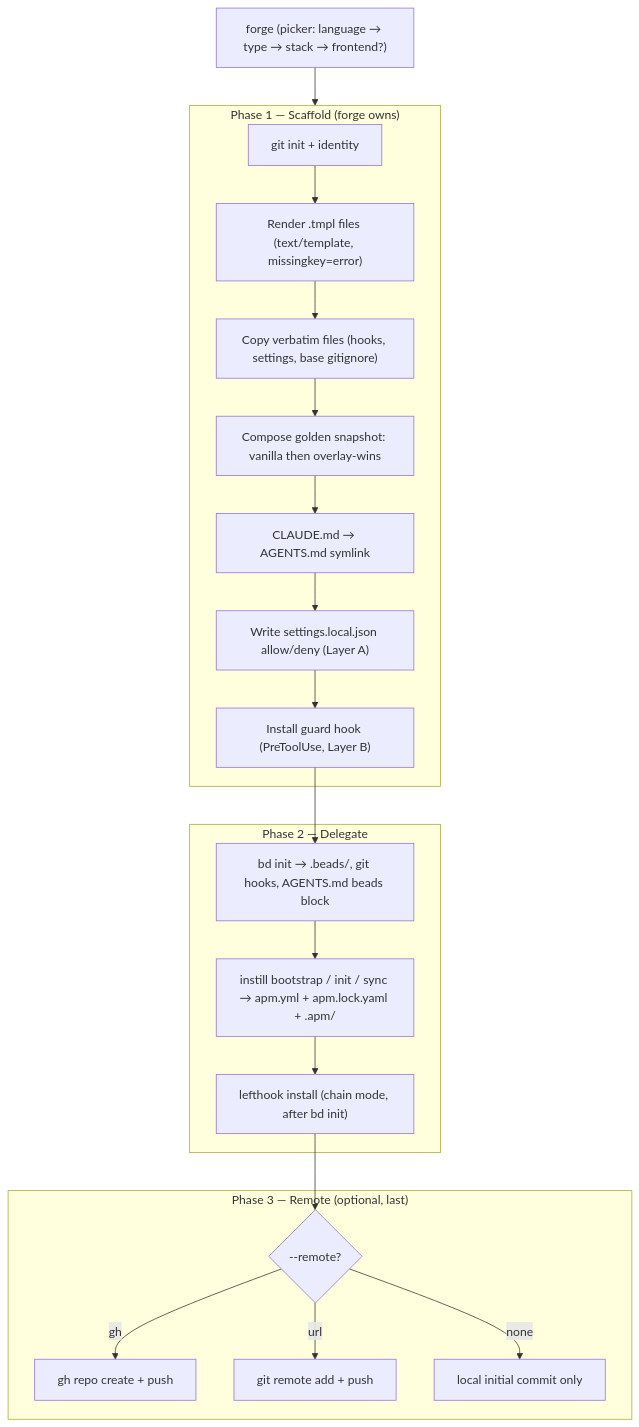
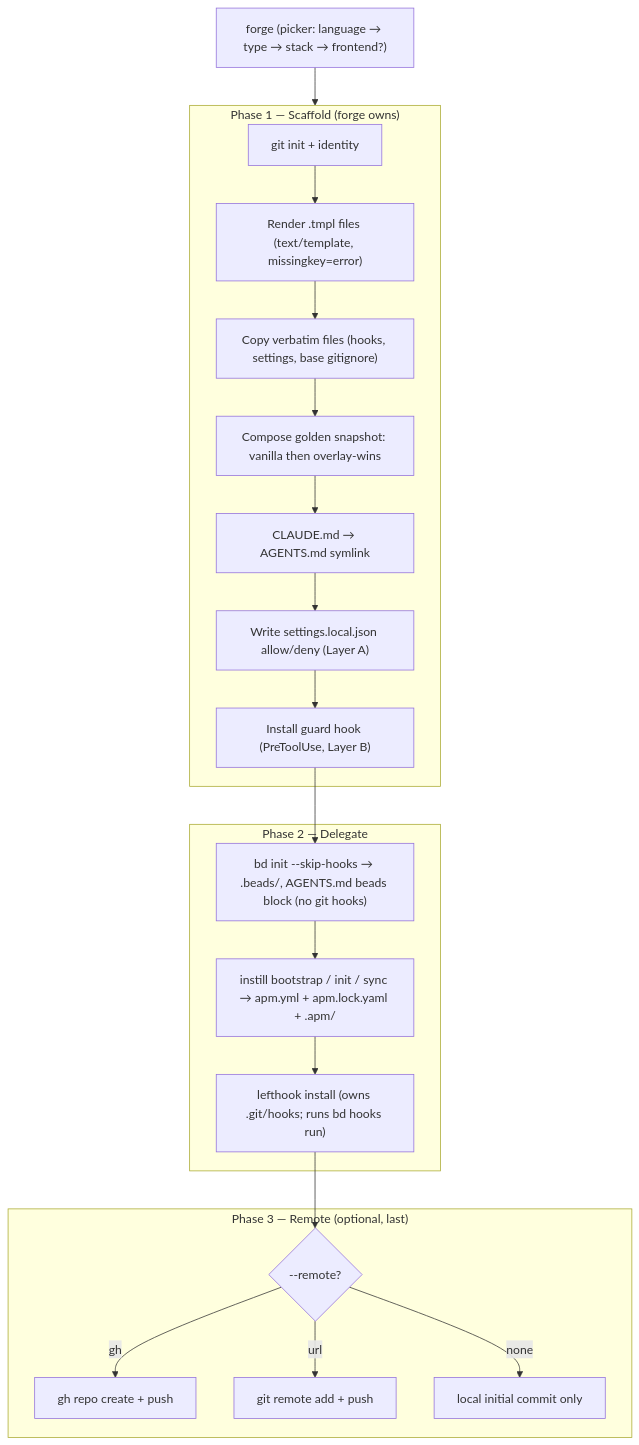
The first of 2 diagrams in docs/SPEC.md (AvogadroSG1/forge), drawn with Mermaid before and after one commit. The commit also changed other lines of this file and 20 other files, not shown here.

````diff
--- a/docs/SPEC.md
+++ b/docs/SPEC.md
@@ -79,23 +79,23 @@
 ```mermaid
 flowchart TD
     A["forge (picker: language → type → stack → frontend?)"] --> P1
     subgraph P1["Phase 1 — Scaffold (forge owns)"]
         B["git init + identity"] --> C["Render .tmpl files (text/template, missingkey=error)"]
         C --> D["Copy verbatim files (hooks, settings, base gitignore)"]
         D --> E["Compose golden snapshot: vanilla then overlay-wins"]
         E --> F["CLAUDE.md → AGENTS.md symlink"]
         F --> G["Write settings.local.json allow/deny (Layer A)"]
         G --> H["Install guard hook (PreToolUse, Layer B)"]
     end
     subgraph P2["Phase 2 — Delegate"]
-        H --> I["bd init → .beads/, git hooks, AGENTS.md beads block"]
+        H --> I["bd init --skip-hooks → .beads/, AGENTS.md beads block (no git hooks)"]
         I --> J["instill bootstrap / init / sync → apm.yml + apm.lock.yaml + .apm/"]
-        J --> K["lefthook install (chain mode, after bd init)"]
+        J --> K["lefthook install (owns .git/hooks; runs bd hooks run)"]
     end
     subgraph P3["Phase 3 — Remote (optional, last)"]
         K --> L{"--remote?"}
         L -->|gh| M["gh repo create + push"]
         L -->|url| N["git remote add + push"]
         L -->|none| O["local initial commit only"]
     end
 ```
````
